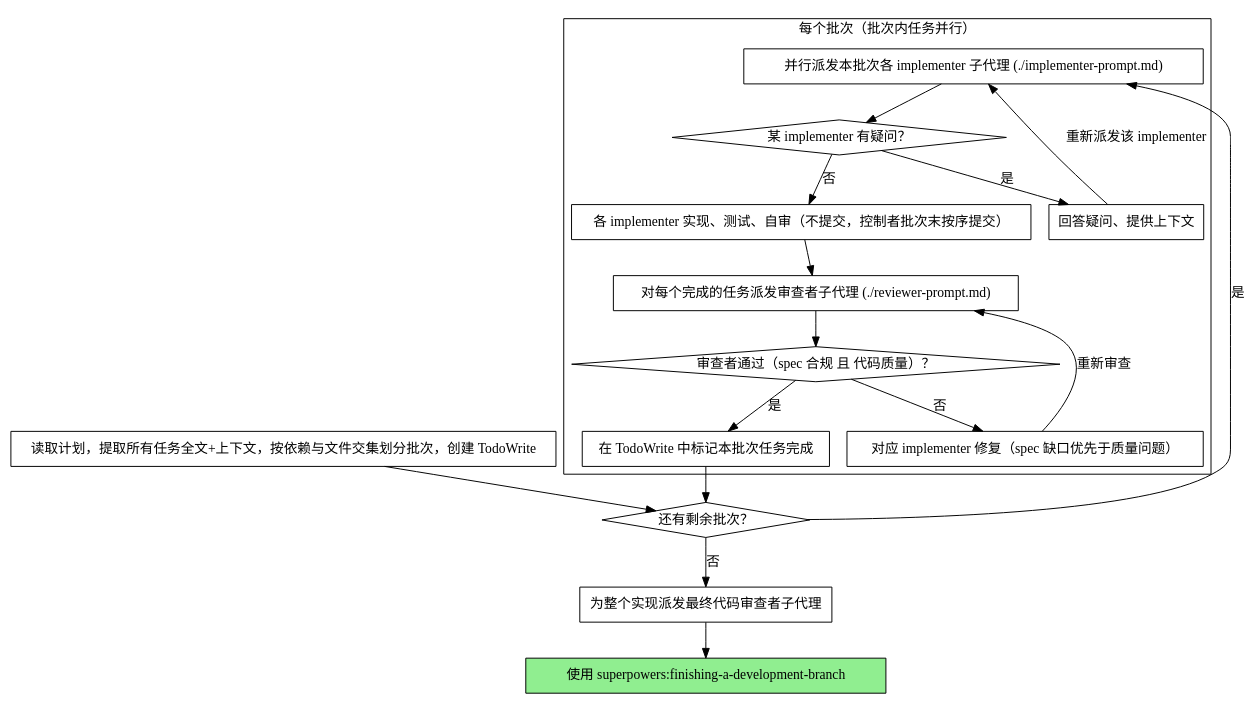
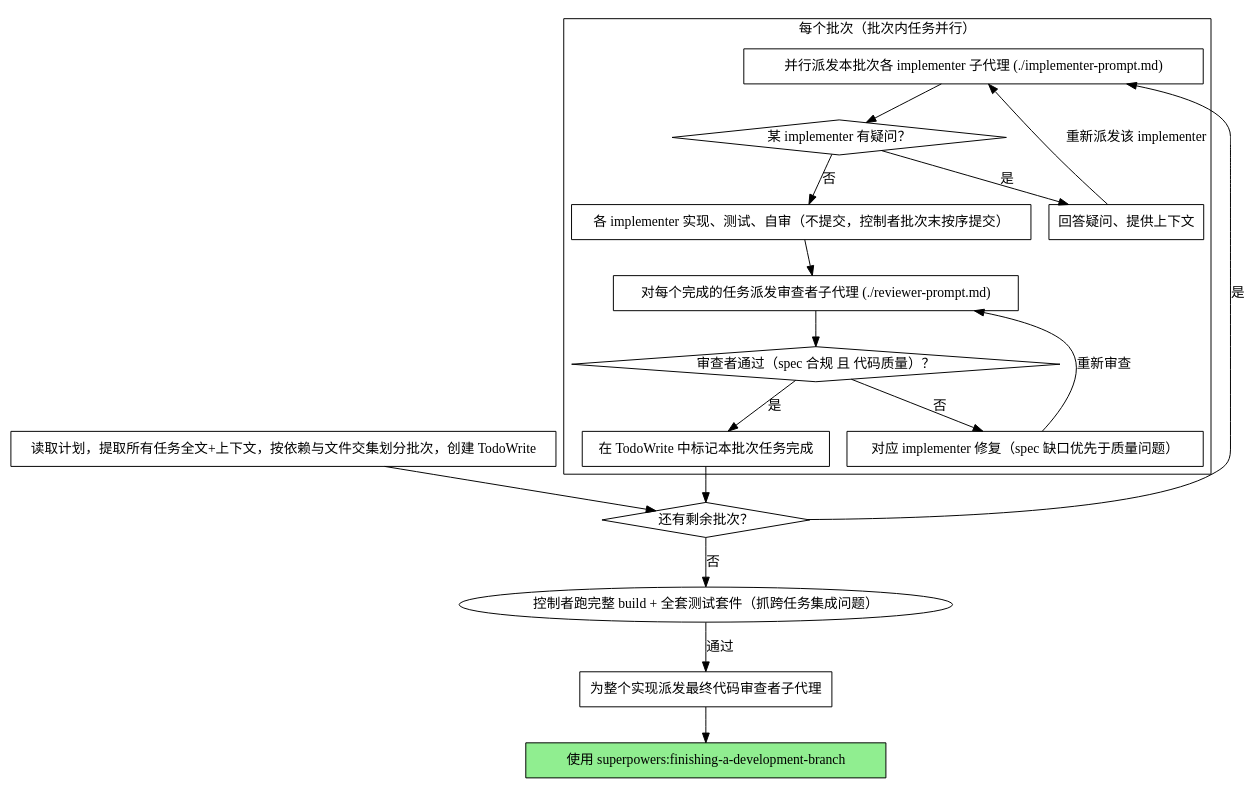
The second of 2 diagrams in .claude/skills/subagent-driven-development/SKILL.md (dark789g-ux/cryptotrading), drawn with Graphviz before and after one commit. The commit also changed other lines of this file, not shown here.

````diff
--- a/.claude/skills/subagent-driven-development/SKILL.md
+++ b/.claude/skills/subagent-driven-development/SKILL.md
@@ -59,38 +75,39 @@
 ```dot
 digraph process {
     rankdir=TB;
 
     "读取计划，提取所有任务全文+上下文，按依赖与文件交集划分批次，创建 TodoWrite" [shape=box];
     "还有剩余批次？" [shape=diamond];
 
     subgraph cluster_per_wave {
         label="每个批次（批次内任务并行）";
         "并行派发本批次各 implementer 子代理 (./implementer-prompt.md)" [shape=box];
         "某 implementer 有疑问？" [shape=diamond];
         "回答疑问、提供上下文" [shape=box];
         "各 implementer 实现、测试、自审（不提交，控制者批次末按序提交）" [shape=box];
         "对每个完成的任务派发审查者子代理 (./reviewer-prompt.md)" [shape=box];
         "审查者通过（spec 合规 且 代码质量）？" [shape=diamond];
         "对应 implementer 修复（spec 缺口优先于质量问题）" [shape=box];
         "在 TodoWrite 中标记本批次任务完成" [shape=box];
     }
 
     "为整个实现派发最终代码审查者子代理" [shape=box];
     "使用 superpowers:finishing-a-development-branch" [shape=box style=filled fillcolor=lightgreen];
 
     "读取计划，提取所有任务全文+上下文，按依赖与文件交集划分批次，创建 TodoWrite" -> "还有剩余批次？";
     "还有剩余批次？" -> "并行派发本批次各 implementer 子代理 (./implementer-prompt.md)" [label="是"];
     "并行派发本批次各 implementer 子代理 (./implementer-prompt.md)" -> "某 implementer 有疑问？";
     "某 implementer 有疑问？" -> "回答疑问、提供上下文" [label="是"];
     "回答疑问、提供上下文" -> "并行派发本批次各 implementer 子代理 (./implementer-prompt.md)" [label="重新派发该 implementer"];
     "某 implementer 有疑问？" -> "各 implementer 实现、测试、自审（不提交，控制者批次末按序提交）" [label="否"];
     "各 implementer 实现、测试、自审（不提交，控制者批次末按序提交）" -> "对每个完成的任务派发审查者子代理 (./reviewer-prompt.md)";
     "对每个完成的任务派发审查者子代理 (./reviewer-prompt.md)" -> "审查者通过（spec 合规 且 代码质量）？";
     "审查者通过（spec 合规 且 代码质量）？" -> "对应 implementer 修复（spec 缺口优先于质量问题）" [label="否"];
     "对应 implementer 修复（spec 缺口优先于质量问题）" -> "对每个完成的任务派发审查者子代理 (./reviewer-prompt.md)" [label="重新审查"];
     "审查者通过（spec 合规 且 代码质量）？" -> "在 TodoWrite 中标记本批次任务完成" [label="是"];
     "在 TodoWrite 中标记本批次任务完成" -> "还有剩余批次？";
-    "还有剩余批次？" -> "为整个实现派发最终代码审查者子代理" [label="否"];
+    "还有剩余批次？" -> "控制者跑完整 build + 全套测试套件（抓跨任务集成问题）" [label="否"];
+    "控制者跑完整 build + 全套测试套件（抓跨任务集成问题）" -> "为整个实现派发最终代码审查者子代理" [label="通过"];
     "为整个实现派发最终代码审查者子代理" -> "使用 superpowers:finishing-a-development-branch";
 }
 ```
````
